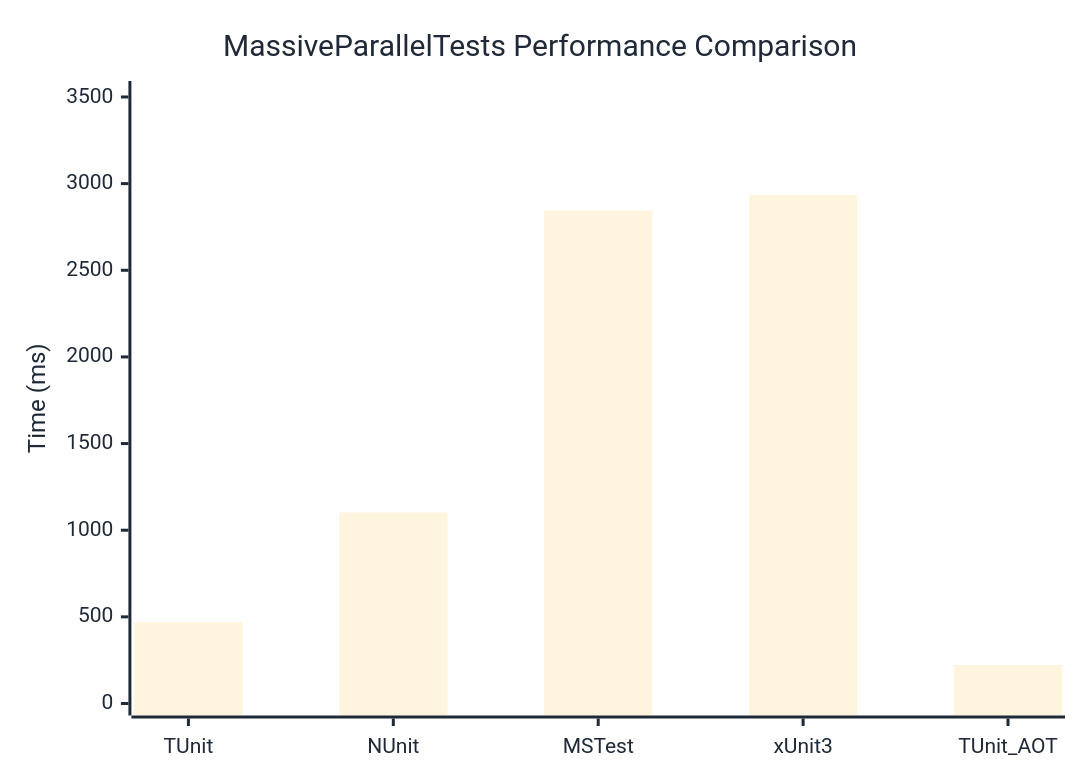
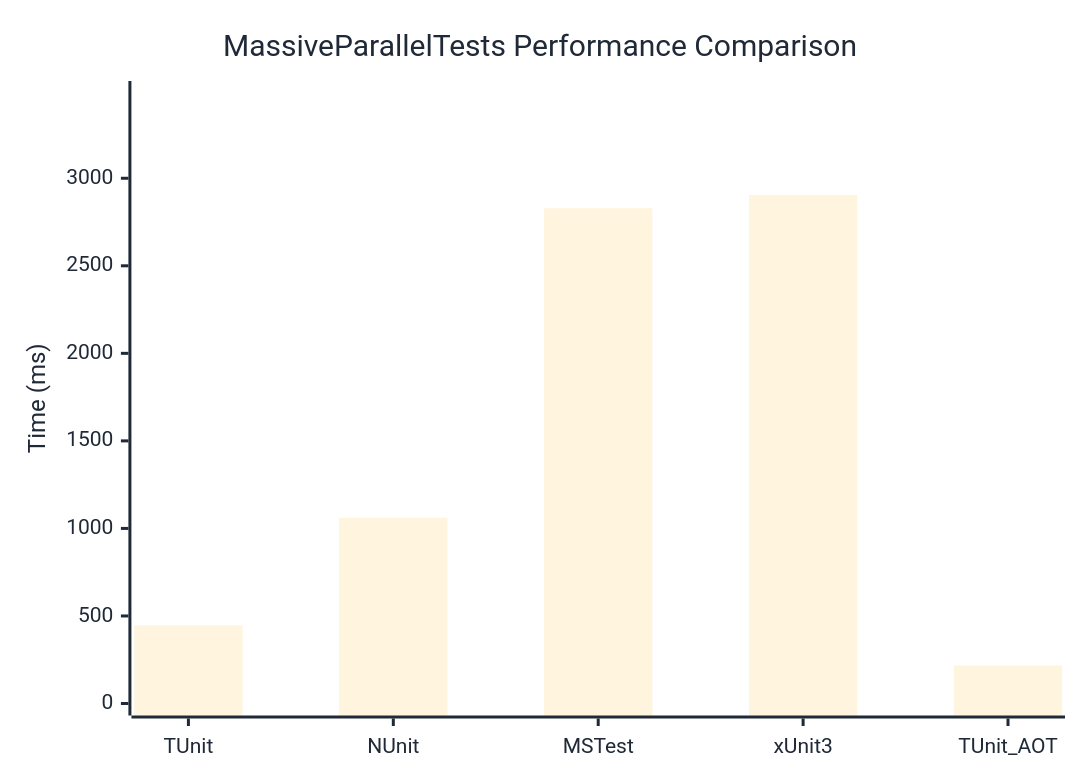
The diagram in docs/docs/benchmarks/engine/MassiveParallelTests.md (thomhurst/TUnit), drawn with Mermaid before and after one commit. The commit also changed other lines of this file and 17 other files, not shown here.

````diff
--- a/docs/docs/benchmarks/engine/MassiveParallelTests.md
+++ b/docs/docs/benchmarks/engine/MassiveParallelTests.md
@@ -29,37 +29,37 @@
 ```mermaid
 %%{init: {
   'theme':'base',
   'themeVariables': {
     'primaryColor': '#2563eb',
     'primaryTextColor': '#1f2937',
     'primaryBorderColor': '#1e40af',
     'lineColor': '#6b7280',
     'secondaryColor': '#7c3aed',
     'tertiaryColor': '#dc2626',
     'background': '#ffffff',
     'mainBkg': '#2563eb',
     'secondBkg': '#7c3aed',
     'tertiaryBkg': '#dc2626',
     'clusterBkg': '#f3f4f6',
     'edgeLabelBackground': '#ffffff',
     'tertiaryTextColor': '#1f2937',
     'pie1': '#2563eb',
     'pie2': '#7c3aed',
     'pie3': '#dc2626',
     'pie4': '#f59e0b',
     'pie5': '#10b981',
     'pie6': '#06b6d4',
     'pie7': '#ec4899',
     'pie8': '#6366f1',
     'pie9': '#84cc16',
     'pie10': '#f97316',
     'pie11': '#14b8a6',
     'pie12': '#a855f7'
   }
 }}%%
 xychart-beta
   title "MassiveParallelTests Performance Comparison"
   x-axis ["TUnit", "NUnit", "MSTest", "xUnit3", "TUnit_AOT"]
-  y-axis "Time (ms)" 0 --> 3523
-  bar [468, 1102.6, 2844.8, 2935.8, 221.9]
+  y-axis "Time (ms)" 0 --> 3487
+  bar [446.9, 1060.9, 2828.9, 2905.1, 217.3]
 ```
````
